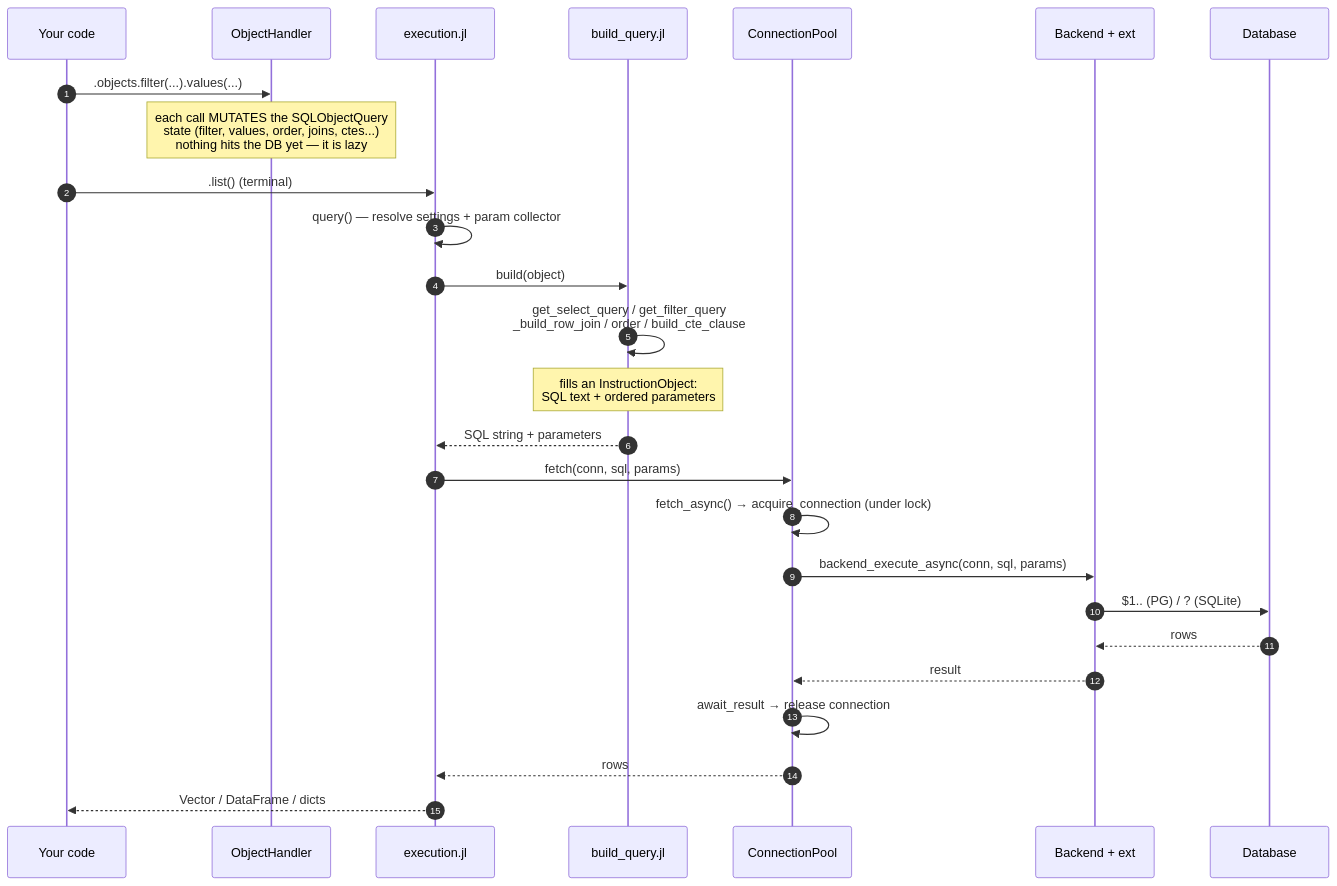
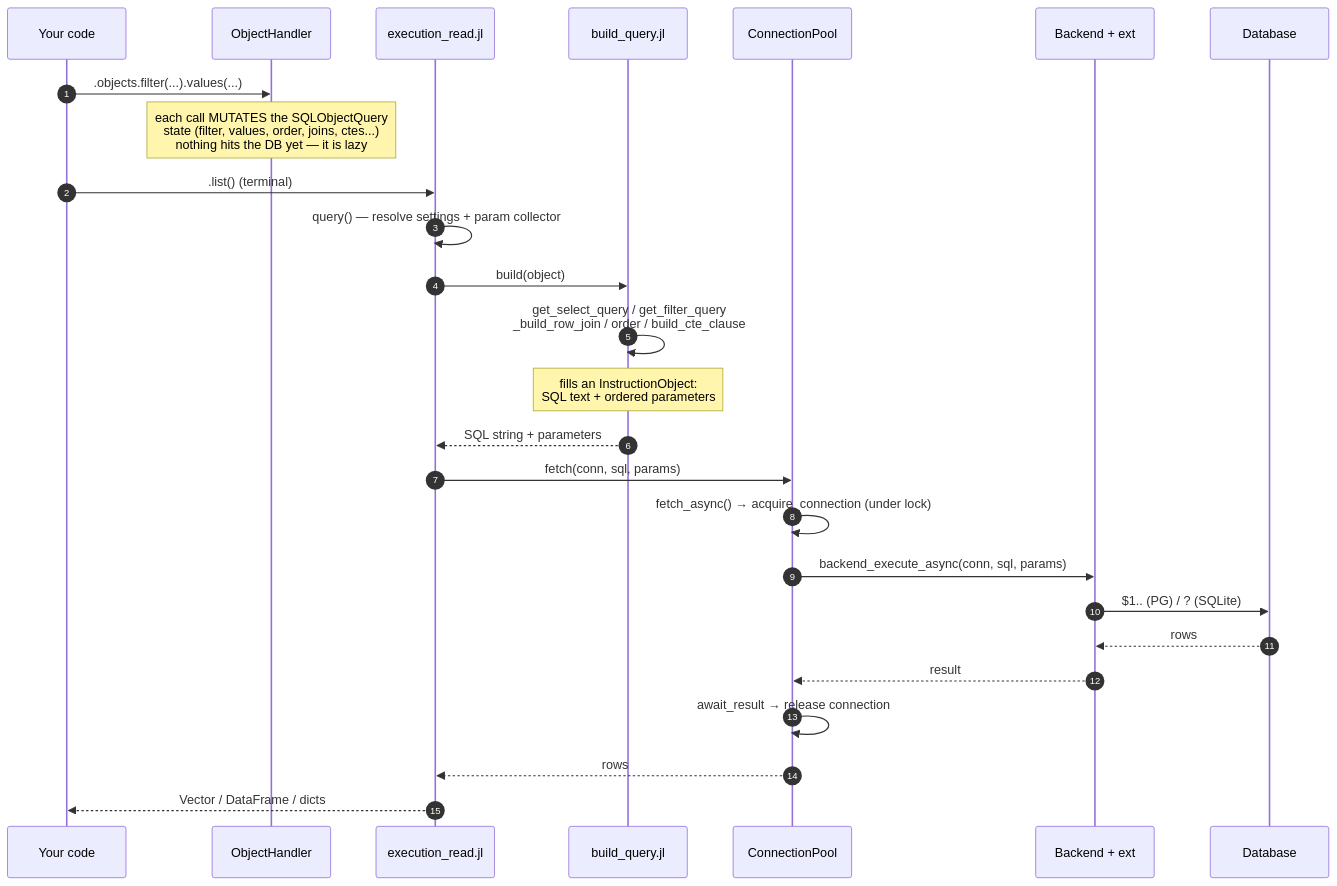
Before and after one commit to PingoLee/PormG.jl: the second of 4 diagrams in docs/src/architecture.md, drawn with Mermaid. The commit also changed other lines of this file and 27 other files, not shown here.

````diff
--- a/docs/src/architecture.md
+++ b/docs/src/architecture.md
@@ -64,29 +64,29 @@
 ```mermaid
 sequenceDiagram
   autonumber
   participant App as Your code
   participant OH as ObjectHandler
-  participant EX as execution.jl
+  participant EX as execution_read.jl
   participant BQ as build_query.jl
   participant CP as ConnectionPool
   participant BE as Backend + ext
   participant DB as Database
 
   App->>OH: .objects.filter(...).values(...)
   Note over OH: each call MUTATES the SQLObjectQuery<br/>state (filter, values, order, joins, ctes...)<br/>nothing hits the DB yet — it is lazy
   App->>EX: .list()  (terminal)
   EX->>EX: query() — resolve settings + param collector
   EX->>BQ: build(object)
   BQ->>BQ: get_select_query / get_filter_query<br/>_build_row_join / order / build_cte_clause
   Note over BQ: fills an InstructionObject:<br/>SQL text + ordered parameters
   BQ-->>EX: SQL string + parameters
   EX->>CP: fetch(conn, sql, params)
   CP->>CP: fetch_async() → acquire_connection (under lock)
   CP->>BE: backend_execute_async(conn, sql, params)
   BE->>DB: $1.. (PG)  /  ? (SQLite)
   DB-->>BE: rows
   BE-->>CP: result
   CP->>CP: await_result → release connection
   CP-->>EX: rows
   EX-->>App: Vector / DataFrame / dicts
 ```
````
